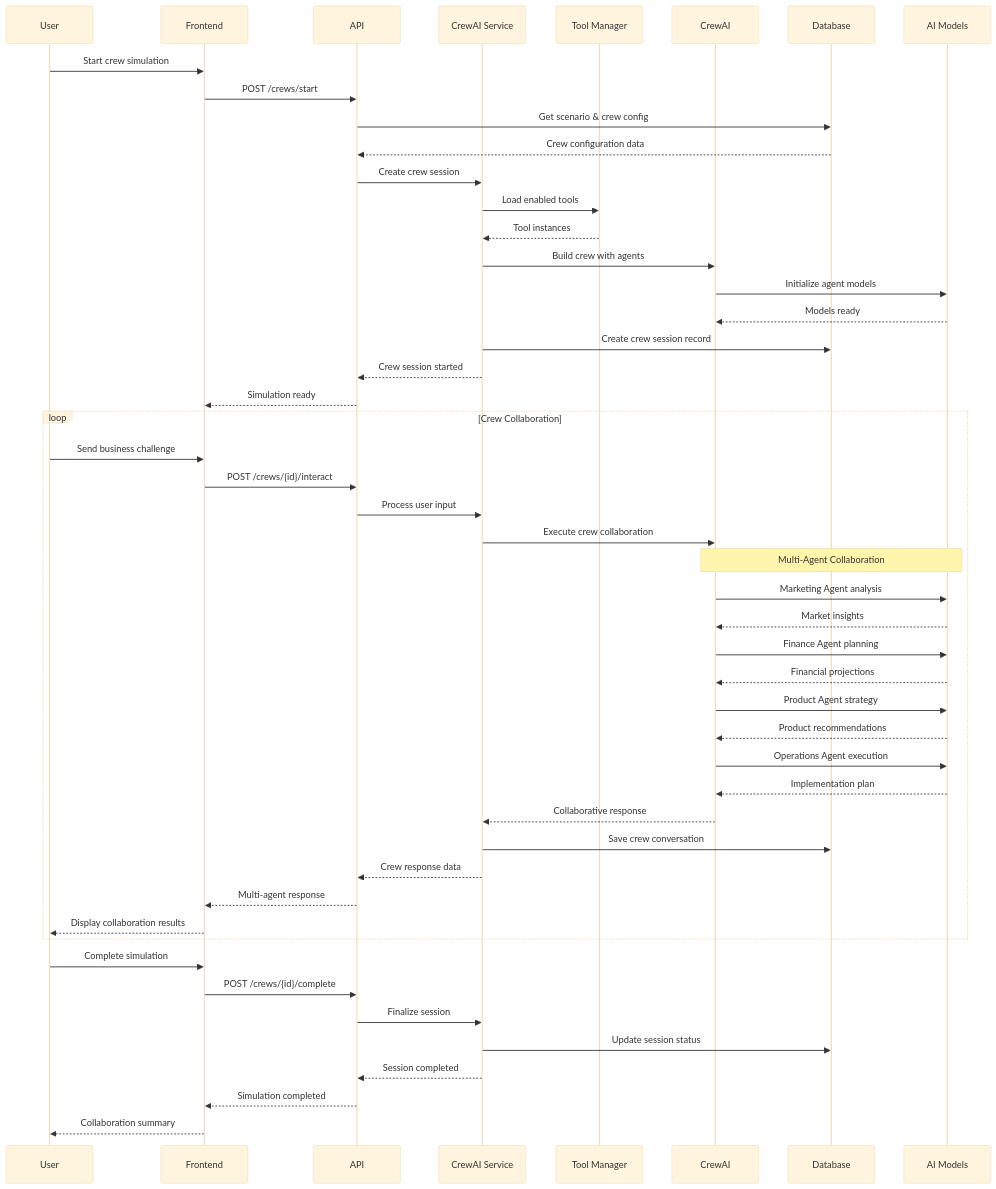
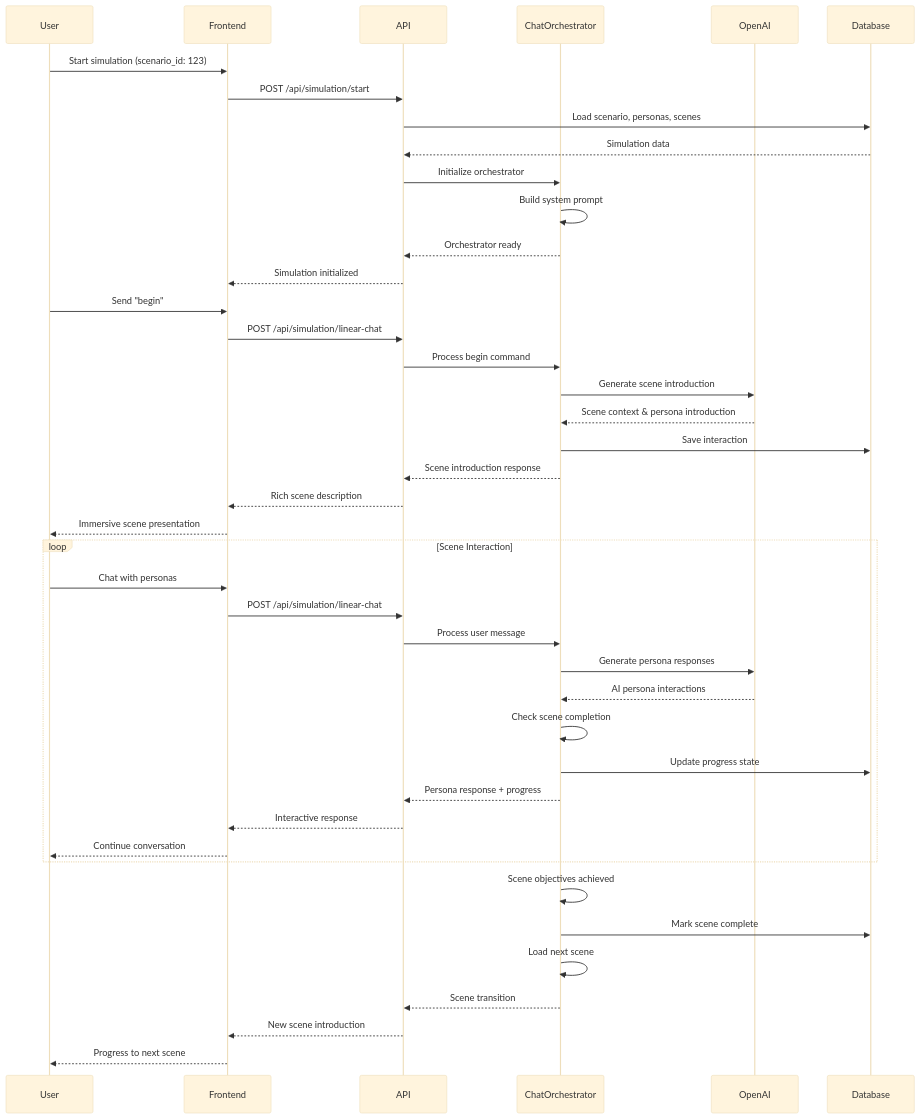
One commit to Sbcoit/forked-ai-agent-education-platform changed the seventh of 7 diagrams in backend/docs/architecture/system-overview.md. Above: the diagram before and after it, drawn with Mermaid (base theme). The commit also changed other lines of this file and 5 other files, not shown here.

First line of the commit message:
docs: Update comprehensive documentation for ChatOrchestrator integration

````diff
--- a/backend/docs/architecture/system-overview.md
+++ b/backend/docs/architecture/system-overview.md
@@ -384,56 +345,48 @@
 ```mermaid
 sequenceDiagram
     participant U as User
     participant F as Frontend
     participant A as API
-    participant CS as CrewAI Service
-    participant TM as Tool Manager
-    participant C as CrewAI
+    participant CO as ChatOrchestrator
+    participant AI as OpenAI
     participant DB as Database
-    participant AI as AI Models
     
-    U->>F: Start crew simulation
-    F->>A: POST /crews/start
-    A->>DB: Get scenario & crew config
-    DB-->>A: Crew configuration data
-    A->>CS: Create crew session
-    CS->>TM: Load enabled tools
-    TM-->>CS: Tool instances
-    CS->>C: Build crew with agents
-    C->>AI: Initialize agent models
-    AI-->>C: Models ready
-    CS->>DB: Create crew session record
-    CS-->>A: Crew session started
-    A-->>F: Simulation ready
+    U->>F: Start simulation (scenario_id: 123)
+    F->>A: POST /api/simulation/start
+    A->>DB: Load scenario, personas, scenes
+    DB-->>A: Simulation data
+    A->>CO: Initialize orchestrator
+    CO->>CO: Build system prompt
+    CO-->>A: Orchestrator ready
+    A-->>F: Simulation initialized
     
-    loop Crew Collaboration
-        U->>F: Send business challenge
-        F->>A: POST /crews/{id}/interact
-        A->>CS: Process user input
-        CS->>C: Execute crew collaboration
-        
-        Note over C,AI: Multi-Agent Collaboration
-        C->>AI: Marketing Agent analysis
-        AI-->>C: Market insights
-        C->>AI: Finance Agent planning
-        AI-->>C: Financial projections
-        C->>AI: Product Agent strategy
-        AI-->>C: Product recommendations
-        C->>AI: Operations Agent execution
-        AI-->>C: Implementation plan
-        
-        C-->>CS: Collaborative response
-        CS->>DB: Save crew conversation
-        CS-->>A: Crew response data
-        A-->>F: Multi-agent response
-        F-->>U: Display collaboration results
+    U->>F: Send "begin"
+    F->>A: POST /api/simulation/linear-chat
+    A->>CO: Process begin command
+    CO->>AI: Generate scene introduction
+    AI-->>CO: Scene context & persona introduction
+    CO->>DB: Save interaction
+    CO-->>A: Scene introduction response
+    A-->>F: Rich scene description
+    F-->>U: Immersive scene presentation
+    
+    loop Scene Interaction
+        U->>F: Chat with personas
+        F->>A: POST /api/simulation/linear-chat
+        A->>CO: Process user message
+        CO->>AI: Generate persona responses
+        AI-->>CO: AI persona interactions
+        CO->>CO: Check scene completion
+        CO->>DB: Update progress state
+        CO-->>A: Persona response + progress
+        A-->>F: Interactive response
+        F-->>U: Continue conversation
     end
     
-    U->>F: Complete simulation
-    F->>A: POST /crews/{id}/complete
-    A->>CS: Finalize session
-    CS->>DB: Update session status
-    CS-->>A: Session completed
-    A-->>F: Simulation completed
-    F-->>U: Collaboration summary
+    CO->>CO: Scene objectives achieved
+    CO->>DB: Mark scene complete
+    CO->>CO: Load next scene
+    CO-->>A: Scene transition
+    A-->>F: New scene introduction
+    F-->>U: Progress to next scene
 ```
````
